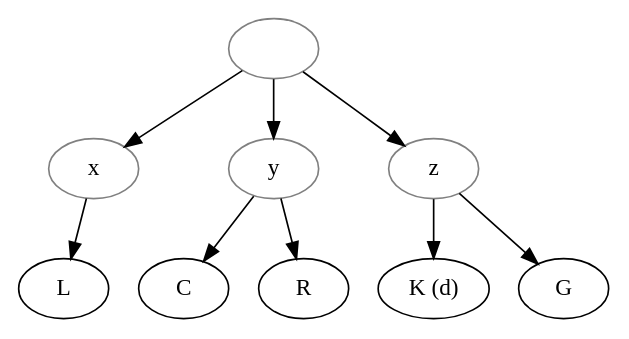
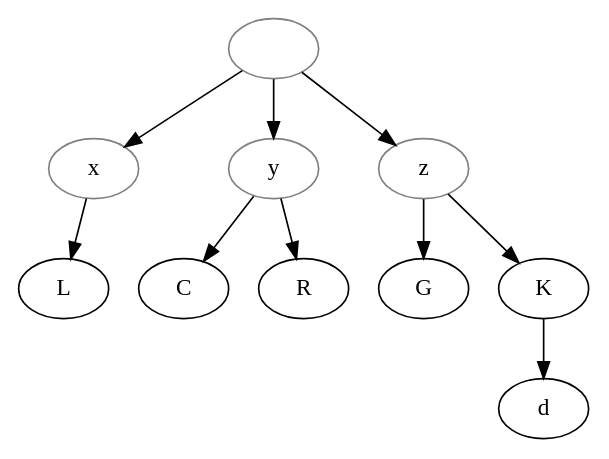
The diagram in data/pro/Stroński_1906_EliasDeBarjolsVI/stemma.gv (OpenStemmata/database), drawn with Graphviz before and after one commit. The commit also changed 15 other files, not shown here.

```diff
--- a/data/pro/Stroński_1906_EliasDeBarjolsVI/stemma.gv
+++ b/data/pro/Stroński_1906_EliasDeBarjolsVI/stemma.gv
@@ -1,15 +1,15 @@
 digraph {
 archetype [color="grey", label=" "] ;
 x [color="grey"] ;
 y [color="grey"] ;
 z [color="grey"] ;
-Kd [label="K (d)"] ;
 archetype -> x ;
 archetype -> y ;
 archetype -> z ;
 x -> L ;
 y -> C ;
 y -> R ;
 z -> G ;
-z -> Kd ;
+z -> K ;
+K->d;
 }
```
